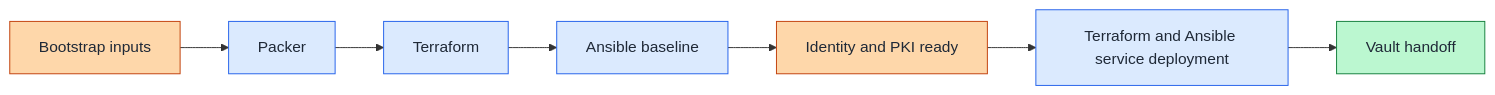
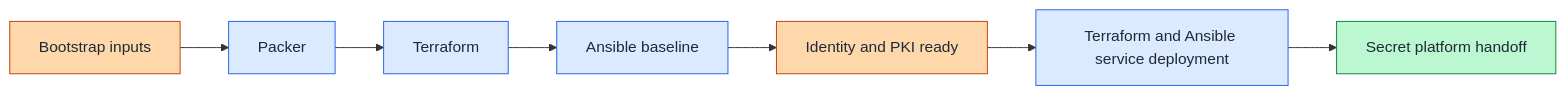
The second of 2 diagrams in docs/architecture/overview.md (Rexus/homelab), drawn with Mermaid before and after one commit. The commit also changed other lines of this file and 44 other files, not shown here.

````diff
--- a/docs/architecture/overview.md
+++ b/docs/architecture/overview.md
@@ -96,17 +120,17 @@
 ```mermaid
 flowchart LR
   A["Bootstrap inputs"] --> B["Packer"]
   B --> C["Terraform"]
   C --> D["Ansible baseline"]
   D --> E["Identity and PKI ready"]
   E --> F["Terraform and Ansible service deployment"]
-  F --> G["Vault handoff"]
+  F --> G["Secret platform handoff"]
 
   classDef mgmtNode fill:#fed7aa,stroke:#c2410c,color:#1f2937
   classDef buildNode fill:#dbeafe,stroke:#2563eb,color:#1f2937
-  classDef vaultNode fill:#bbf7d0,stroke:#15803d,color:#1f2937
+  classDef secretNode fill:#bbf7d0,stroke:#15803d,color:#1f2937
 
   class A,E mgmtNode
   class B,C,D,F buildNode
-  class G vaultNode
+  class G secretNode
 ```
````
